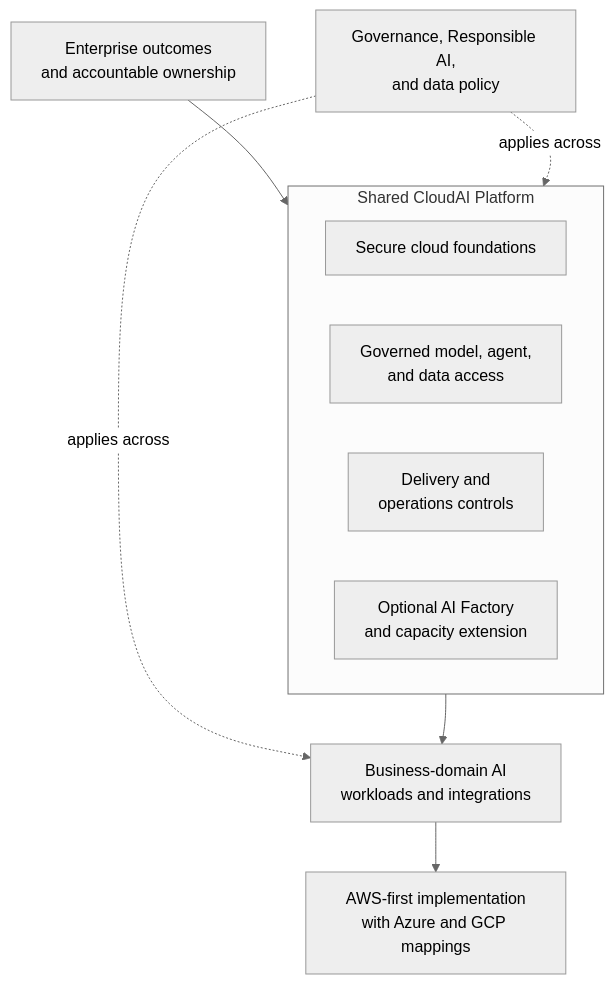
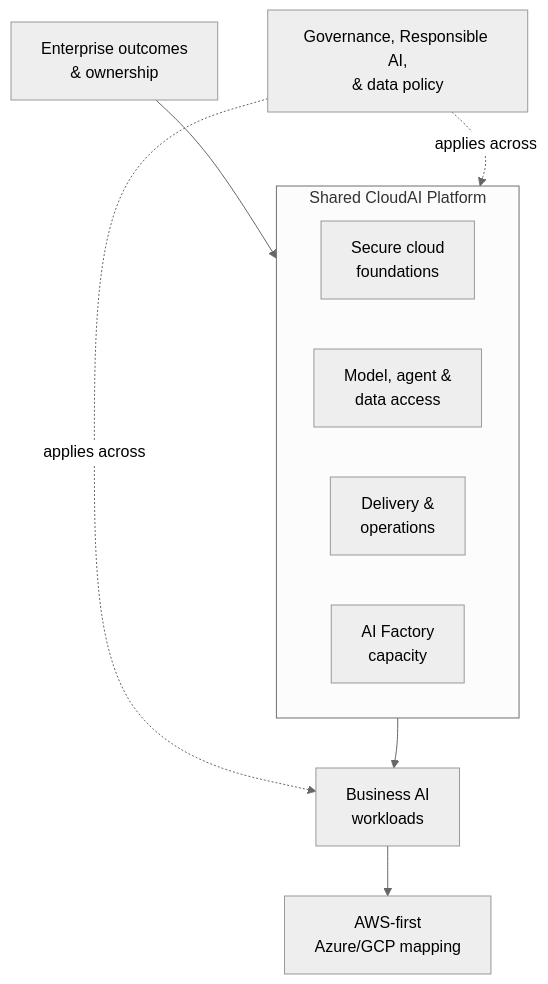
One commit to afaryy/cloudai-platform changed the first of 3 diagrams in docs/architecture.md. Above: the diagram before and after it, drawn with Mermaid (neutral theme). The commit also changed other lines of this file and 1 other file, not shown here.

Commit message:
docs: shorten architecture diagram labels

````diff
--- a/docs/architecture.md
+++ b/docs/architecture.md
@@ -19,21 +19,21 @@
 ```mermaid
 flowchart TB
-  outcome["Enterprise outcomes<br/>and accountable ownership"]
-  policy["Governance, Responsible AI,<br/>and data policy"]
+  outcome["Enterprise outcomes<br/>& ownership"]
+  policy["Governance, Responsible AI,<br/>& data policy"]
 
   subgraph platform["Shared CloudAI Platform"]
-    foundations["Secure cloud foundations"]
-    access["Governed model, agent,<br/>and data access"]
-    delivery["Delivery and<br/>operations controls"]
-    capacity["Optional AI Factory<br/>and capacity extension"]
+    foundations["Secure cloud<br/>foundations"]
+    access["Model, agent &<br/>data access"]
+    delivery["Delivery &<br/>operations"]
+    capacity["AI Factory<br/>capacity"]
   end
 
-  workloads["Business-domain AI<br/>workloads and integrations"]
-  providers["AWS-first implementation<br/>with Azure and GCP mappings"]
+  workloads["Business AI<br/>workloads"]
+  providers["AWS-first<br/>Azure/GCP mapping"]
 
   outcome --> platform
   policy -. "applies across" .-> platform
   policy -. "applies across" .-> workloads
   platform --> workloads
   workloads --> providers
 ```
````
